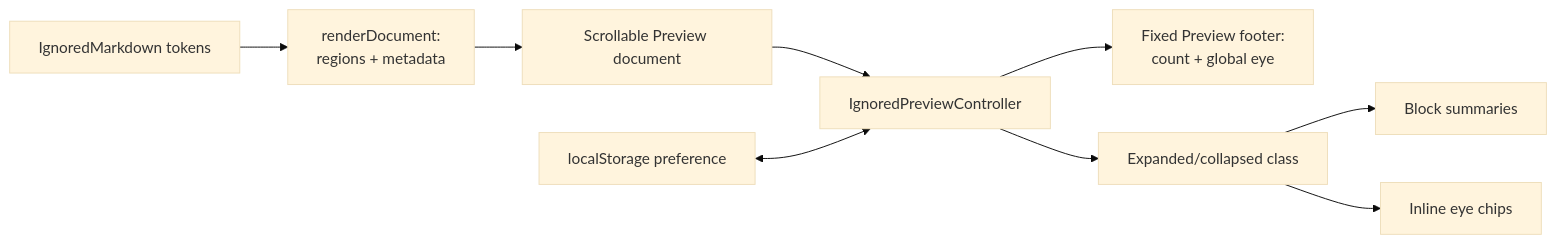
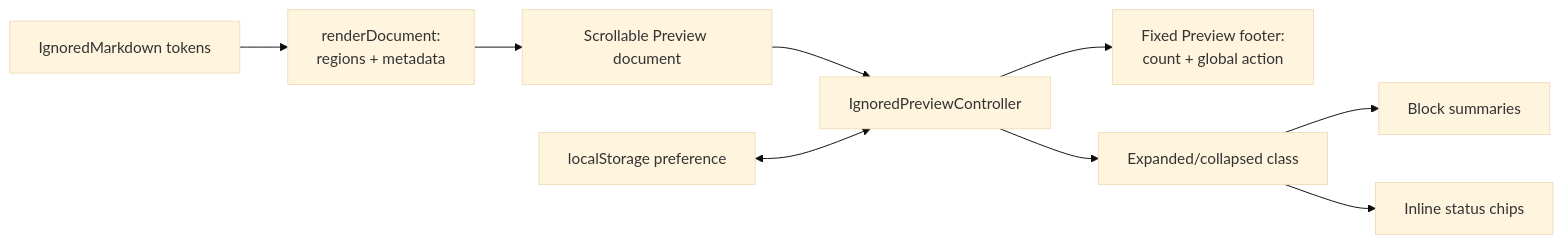
One commit to pengzhengyi/dialoguedown changed the diagram in docs/contributing/design-notes/Ignored Markdown Preview Toggle.md. Above: the diagram before and after it, drawn with Mermaid (base theme). The commit also changed other lines of this file and 4 other files, not shown here.

First line of the commit message:
fix(visualization): separate ignored status from global actions

````diff
--- a/docs/contributing/design-notes/Ignored Markdown Preview Toggle.md
+++ b/docs/contributing/design-notes/Ignored Markdown Preview Toggle.md
@@ -76,11 +76,11 @@
 ```mermaid
 flowchart LR
     T["IgnoredMarkdown tokens"] --> R["renderDocument:<br/>regions + metadata"]
     R --> P["Scrollable Preview document"]
     P --> C["IgnoredPreviewController"]
-    C --> F["Fixed Preview footer:<br/>count + global eye"]
+    C --> F["Fixed Preview footer:<br/>count + global action"]
     C --> S["Expanded/collapsed class"]
     S --> B["Block summaries"]
-    S --> I["Inline eye chips"]
+    S --> I["Inline status chips"]
     L["localStorage preference"] <--> C
 ```
````
